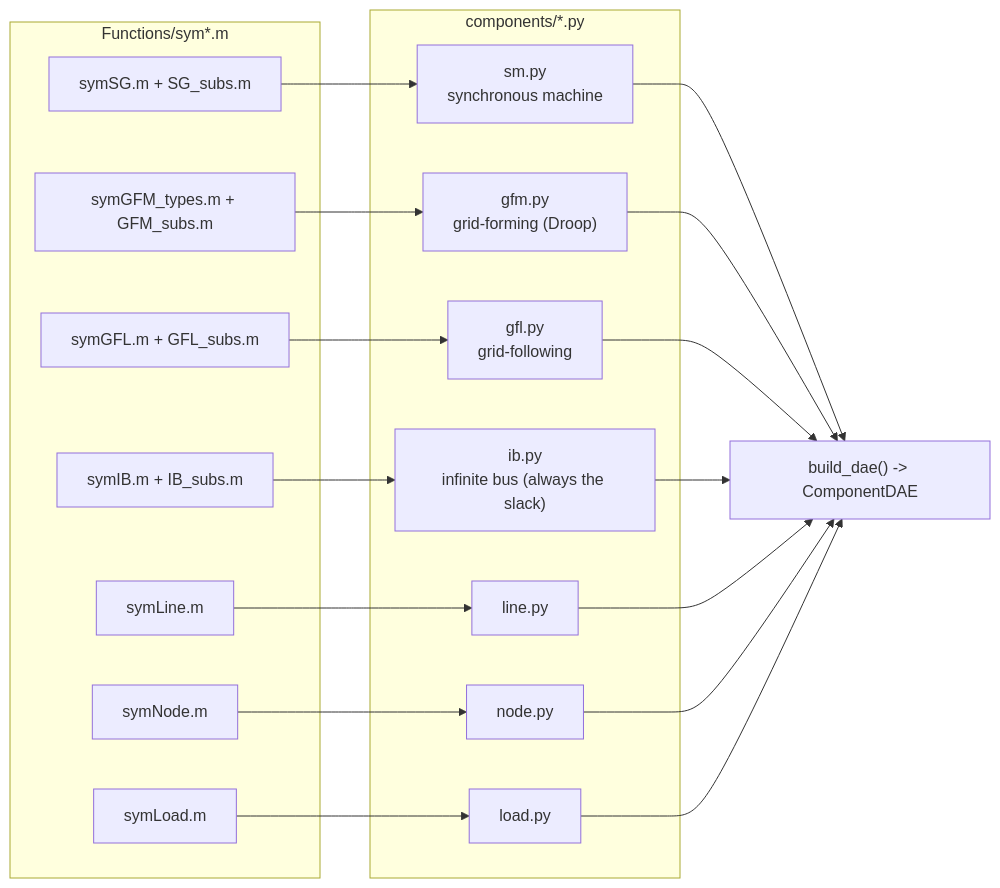
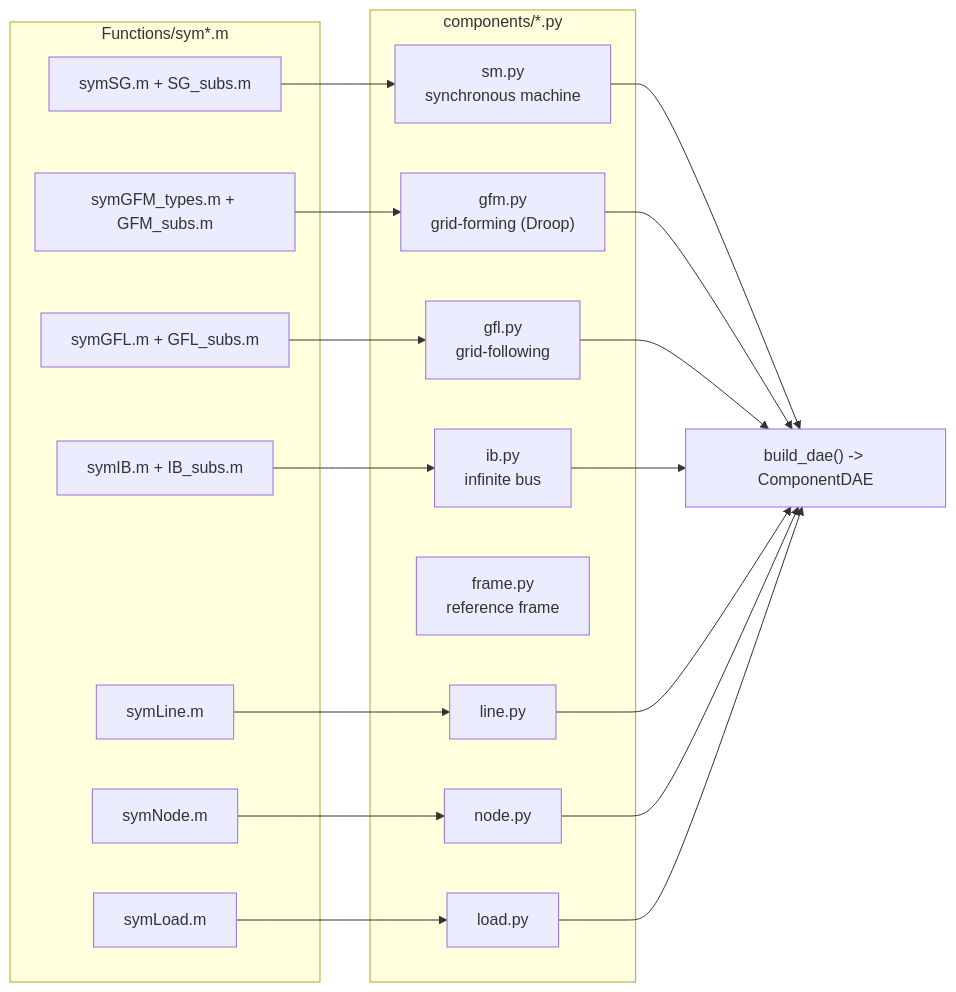
Before and after one commit to FKELADA/G2ELin: the second of 2 diagrams in python/docs/sphinx/modules/components.md, drawn with Mermaid. The commit also changed other lines of this file and 30 other files, not shown here.

````diff
--- a/python/docs/sphinx/modules/components.md
+++ b/python/docs/sphinx/modules/components.md
@@ -81,28 +81,29 @@
 ```{mermaid}
 flowchart LR
     subgraph Sources["Functions/sym*.m"]
         symSG["symSG.m + SG_subs.m"]
         symGFM["symGFM_types.m + GFM_subs.m"]
         symGFL["symGFL.m + GFL_subs.m"]
         symIB["symIB.m + IB_subs.m"]
         symLine["symLine.m"]
         symNode["symNode.m"]
         symLoad["symLoad.m"]
     end
     subgraph Python["components/*.py"]
         sm["sm.py<br/>synchronous machine"]
         gfm["gfm.py<br/>grid-forming (Droop)"]
         gfl["gfl.py<br/>grid-following"]
-        ib["ib.py<br/>infinite bus (always the slack)"]
+        ib["ib.py<br/>infinite bus"]
+        frame["frame.py<br/>reference frame"]
         line["line.py"]
         node["node.py"]
         load["load.py"]
     end
     symSG --> sm --> DAE["build_dae() -> ComponentDAE"]
     symGFM --> gfm --> DAE
     symGFL --> gfl --> DAE
     symIB --> ib --> DAE
     symLine --> line --> DAE
     symNode --> node --> DAE
     symLoad --> load --> DAE
 ```
````
